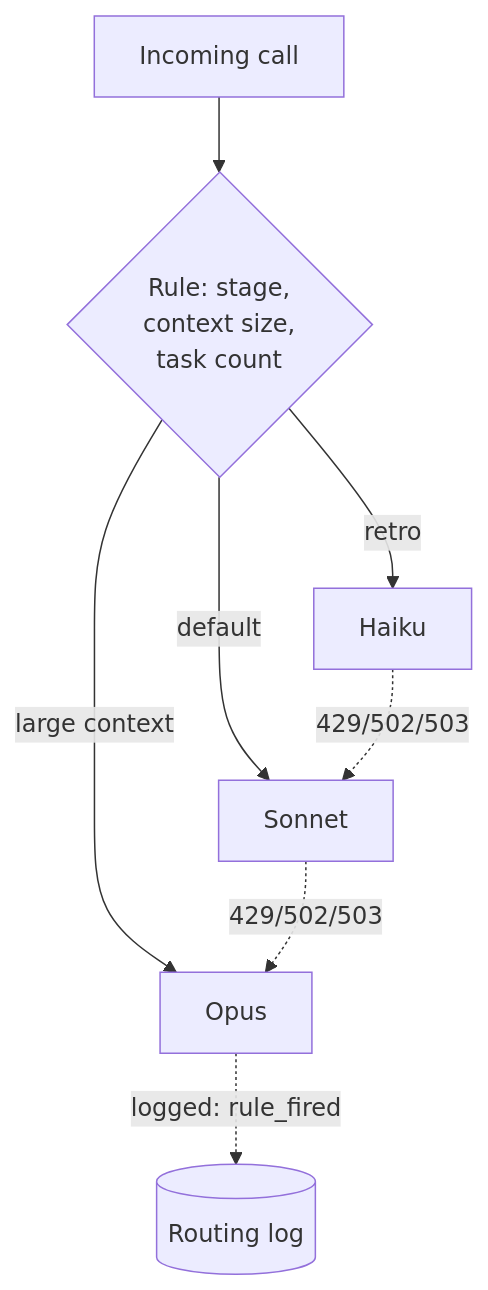
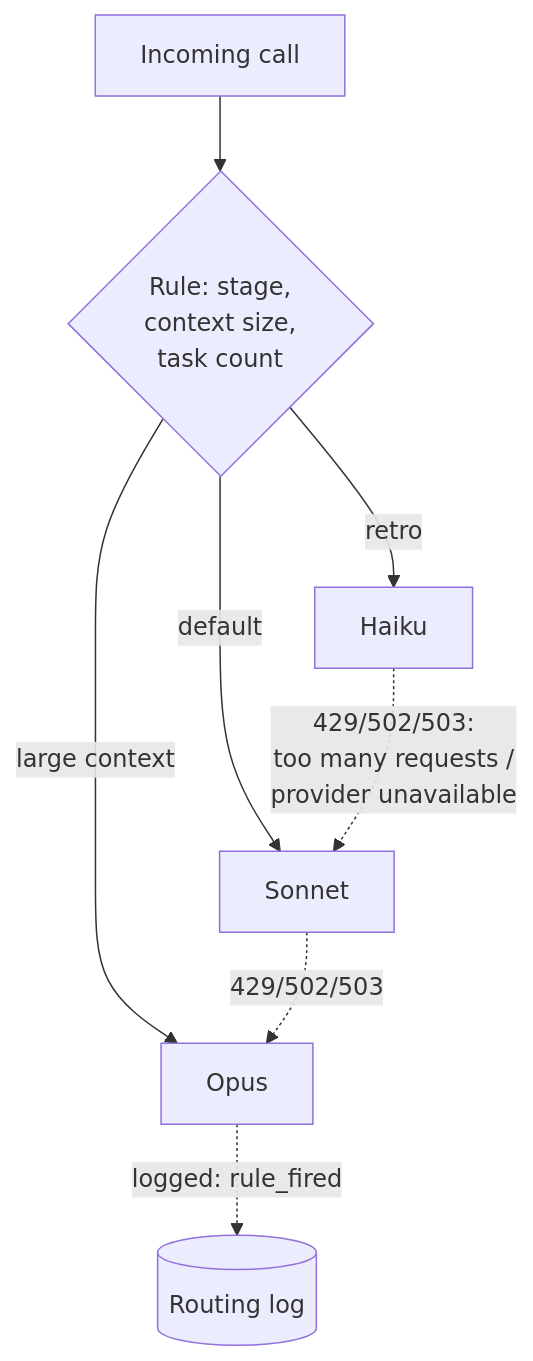
The second of 2 diagrams in docs/patterns/cost-aware-model-routing.md (chintan-dshel/aible), drawn with Mermaid before and after one commit. The commit also changed other lines of this file and 1 other file, not shown here.

````diff
--- a/docs/patterns/cost-aware-model-routing.md
+++ b/docs/patterns/cost-aware-model-routing.md
@@ -37,17 +37,17 @@
 ```mermaid
 ---
 config:
   themeVariables:
     fontSize: 16px
 ---
 flowchart TB
   accTitle: Routing by rule, then falling back by tier on error
   accDescr: A call is classified by a named rule, based on stage, context size, or task count, and routed to a model tier. If that call fails with a retryable error, the orchestrator steps up to the next tier in a fallback chain rather than retrying the same tier blindly.
   C["Incoming call"]:::agent --> RULE{"Rule: stage,<br/>context size,<br/>task count"}:::gate
   RULE -- "retro" --> HK["Haiku"]:::orch
   RULE -- "large context" --> OP["Opus"]:::orch
   RULE -- "default" --> SN["Sonnet"]:::orch
-  HK -. "429/502/503" .-> SN
+  HK -. "429/502/503:<br/>too many requests /<br/>provider unavailable" .-> SN
   SN -. "429/502/503" .-> OP
   OP -. "logged: rule_fired" .-> LOG[("Routing log")]:::store
 ```
````
